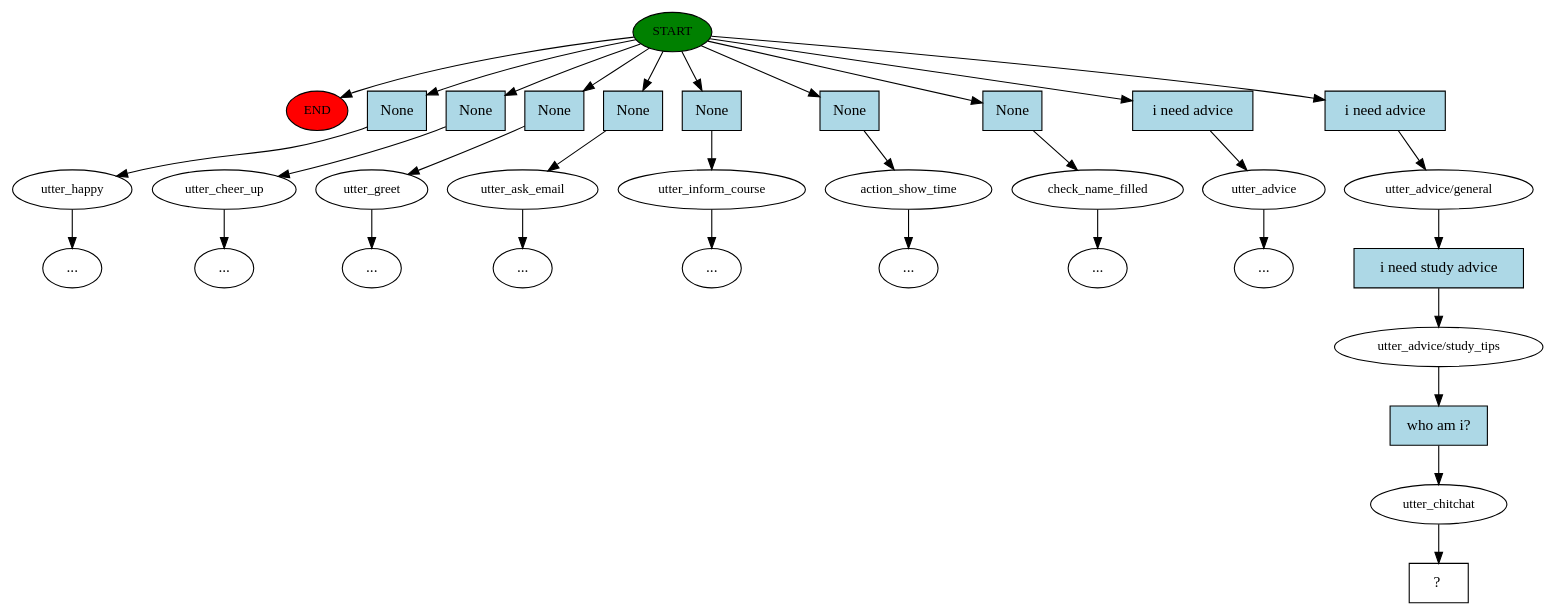
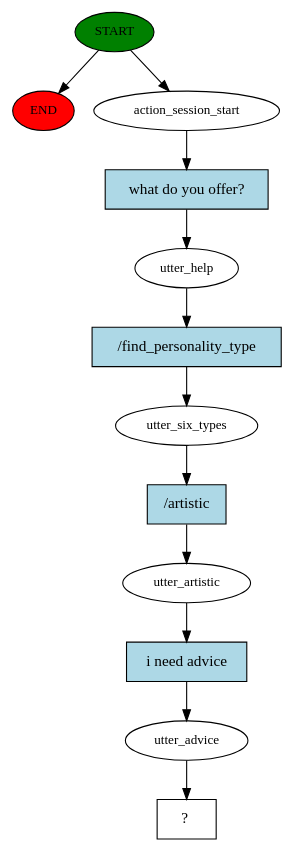
One commit to bg5fxp-JF/rasa_project_OIcoach changed the diagram in story_graph.dot. Above: the diagram before and after it, drawn with Graphviz. The commit also changed 6 other files, not shown here.

Commit message:
Improving bugs and features from dialog flow

```diff
--- a/story_graph.dot
+++ b/story_graph.dot
@@ -1,67 +1,25 @@
 digraph  {
 0 [class="start active", fillcolor=green, fontsize=12, label=START, style=filled];
 "-1" [class=end, fillcolor=red, fontsize=12, label=END, style=filled];
-1 [class="", fontsize=12, label=utter_happy];
-"-3" [class=ellipsis, label="..."];
-2 [class="", fontsize=12, label=utter_cheer_up];
-"-5" [class=ellipsis, label="..."];
-4 [class="", fontsize=12, label=utter_greet];
-5 [class="", fontsize=12, label=utter_ask_email];
-"-7" [class=ellipsis, label="..."];
-6 [class="", fontsize=12, label=utter_inform_course];
-"-8" [class=ellipsis, label="..."];
-8 [class="", fontsize=12, label=action_show_time];
-"-10" [class=ellipsis, label="..."];
-10 [class="", fontsize=12, label=check_name_filled];
-"-14" [class=ellipsis, label="..."];
-"-15" [class=ellipsis, label="..."];
-14 [class="", fontsize=12, label=utter_advice];
-"-16" [class=ellipsis, label="..."];
-15 [class=active, fontsize=12, label="utter_advice/general"];
-16 [class=active, fontsize=12, label="utter_advice/study_tips"];
-17 [class=active, fontsize=12, label=utter_chitchat];
-18 [class="intent dashed active", label="  ?  ", shape=rect];
-19 [class=intent, fillcolor=lightblue, label=None, shape=rect, style=filled];
-20 [class=intent, fillcolor=lightblue, label=None, shape=rect, style=filled];
-21 [class=intent, fillcolor=lightblue, label=None, shape=rect, style=filled];
-22 [class=intent, fillcolor=lightblue, label=None, shape=rect, style=filled];
-23 [class=intent, fillcolor=lightblue, label=None, shape=rect, style=filled];
-24 [class=intent, fillcolor=lightblue, label=None, shape=rect, style=filled];
-25 [class=intent, fillcolor=lightblue, label=None, shape=rect, style=filled];
-26 [class=intent, fillcolor=lightblue, label="i need advice", shape=rect, style=filled];
-27 [class="intent active", fillcolor=lightblue, label="i need advice", shape=rect, style=filled];
-28 [class="intent active", fillcolor=lightblue, label="i need study advice", shape=rect, style=filled];
-29 [class="intent active", fillcolor=lightblue, label="who am i?", shape=rect, style=filled];
+1 [class=active, fontsize=12, label=action_session_start];
+2 [class=active, fontsize=12, label=utter_help];
+3 [class=active, fontsize=12, label=utter_six_types];
+4 [class=active, fontsize=12, label=utter_artistic];
+5 [class=active, fontsize=12, label=utter_advice];
+6 [class="intent dashed active", label="  ?  ", shape=rect];
+7 [class="intent active", fillcolor=lightblue, label="what do you offer?", shape=rect, style=filled];
+8 [class="intent active", fillcolor=lightblue, label="/find_personality_type", shape=rect, style=filled];
+9 [class="intent active", fillcolor=lightblue, label="/artistic", shape=rect, style=filled];
+10 [class="intent active", fillcolor=lightblue, label="i need advice", shape=rect, style=filled];
 0 -> "-1"  [class="", key=NONE, label=""];
-0 -> 19  [class="", key=0];
-0 -> 20  [class="", key=0];
-0 -> 21  [class="", key=0];
-0 -> 22  [class="", key=0];
-0 -> 23  [class="", key=0];
-0 -> 24  [class="", key=0];
-0 -> 25  [class="", key=0];
-0 -> 26  [class="", key=0];
-0 -> 27  [class=active, key=0];
-1 -> "-3"  [class="", key=NONE, label=""];
-2 -> "-5"  [class="", key=NONE, label=""];
-4 -> "-15"  [class="", key=NONE, label=""];
-5 -> "-7"  [class="", key=NONE, label=""];
-6 -> "-8"  [class="", key=NONE, label=""];
-8 -> "-10"  [class="", key=NONE, label=""];
-10 -> "-14"  [class="", key=NONE, label=""];
-14 -> "-16"  [class="", key=NONE, label=""];
-15 -> 28  [class=active, key=0];
-16 -> 29  [class=active, key=0];
-17 -> 18  [class=active, key=NONE, label=""];
-19 -> 1  [class="", key=0];
-20 -> 2  [class="", key=0];
-21 -> 4  [class="", key=0];
-22 -> 5  [class="", key=0];
-23 -> 6  [class="", key=0];
-24 -> 8  [class="", key=0];
-25 -> 10  [class="", key=0];
-26 -> 14  [class="", key=0];
-27 -> 15  [class=active, key=0];
-28 -> 16  [class=active, key=0];
-29 -> 17  [class=active, key=0];
+0 -> 1  [class=active, key=NONE, label=""];
+1 -> 7  [class=active, key=0];
+2 -> 8  [class=active, key=0];
+3 -> 9  [class=active, key=0];
+4 -> 10  [class=active, key=0];
+5 -> 6  [class=active, key=NONE, label=""];
+7 -> 2  [class=active, key=0];
+8 -> 3  [class=active, key=0];
+9 -> 4  [class=active, key=0];
+10 -> 5  [class=active, key=0];
 }
```
